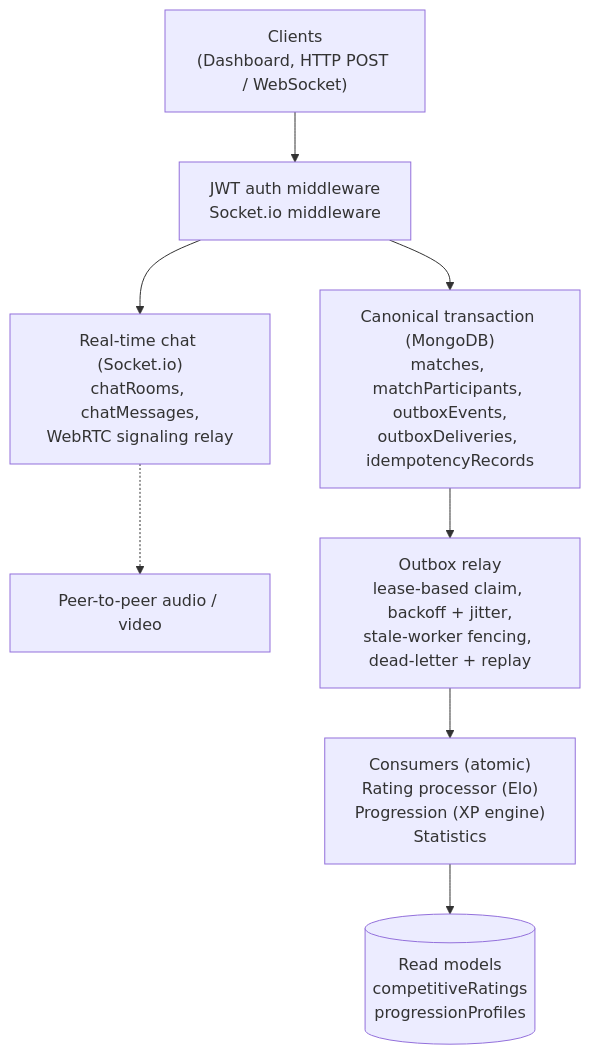
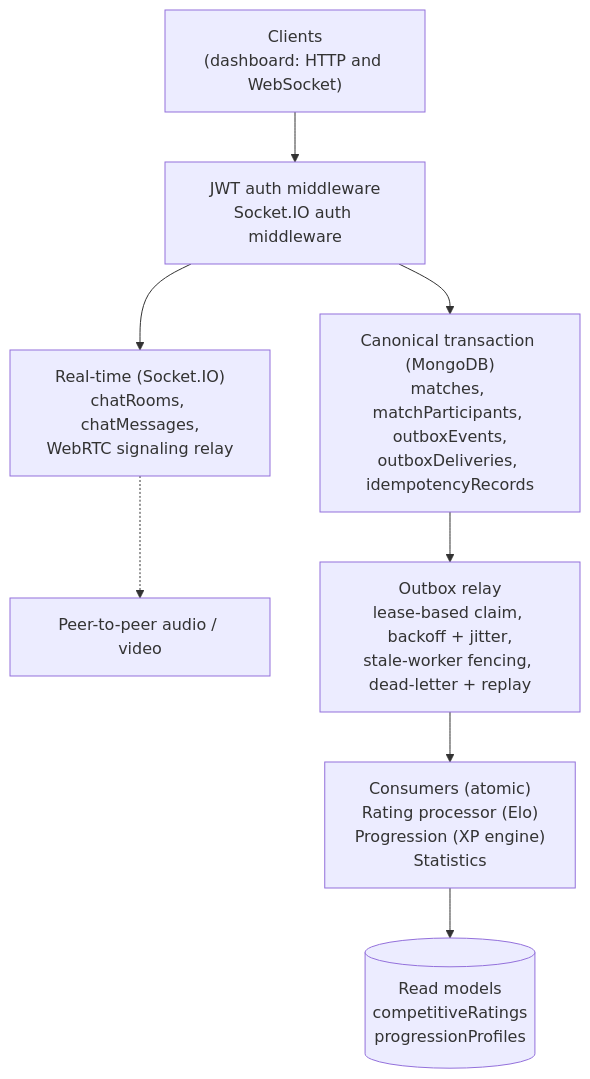
Before and after one commit to shaurya-10000/fps-game-database: the diagram in README.md, drawn with Mermaid. The commit also changed other lines of this file and 10 other files, not shown here.

````diff
--- a/README.md
+++ b/README.md
@@ -96,13 +85,13 @@
 ```mermaid
 flowchart TD
-    C["Clients<br/>(Dashboard, HTTP POST / WebSocket)"] --> A["JWT auth middleware<br/>Socket.io middleware"]
+    C["Clients<br/>(dashboard: HTTP and WebSocket)"] --> A["JWT auth middleware<br/>Socket.IO auth middleware"]
 
     A --> T["Canonical transaction (MongoDB)<br/>matches, matchParticipants, outboxEvents,<br/>outboxDeliveries, idempotencyRecords"]
-    A --> R["Real-time chat (Socket.io)<br/>chatRooms, chatMessages,<br/>WebRTC signaling relay"]
+    A --> R["Real-time (Socket.IO)<br/>chatRooms, chatMessages,<br/>WebRTC signaling relay"]
 
     R -.-> P2P["Peer-to-peer audio / video"]
 
     T --> O["Outbox relay<br/>lease-based claim, backoff + jitter,<br/>stale-worker fencing, dead-letter + replay"]
     O --> RP["Consumers (atomic)<br/>Rating processor (Elo)<br/>Progression (XP engine)<br/>Statistics"]
     RP --> V[("Read models<br/>competitiveRatings<br/>progressionProfiles")]
 ```
````
